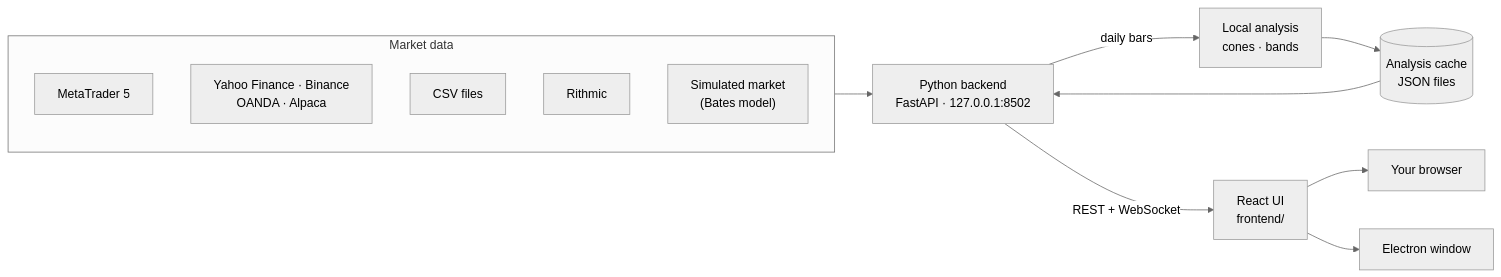
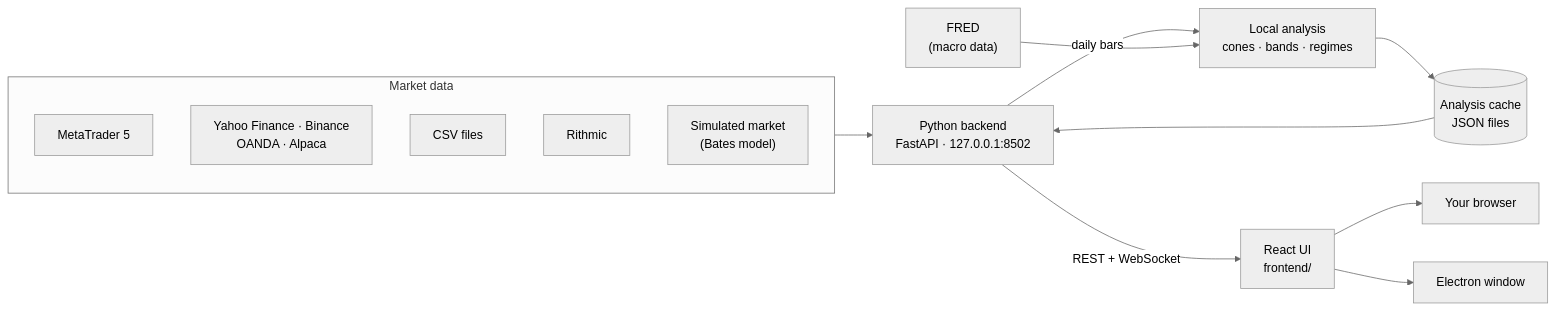
Before and after one commit to wJubran/QuantumTerminal: the diagram in README.md, drawn with Mermaid (neutral theme). The commit also changed other lines of this file and 15 other files, not shown here.

````diff
--- a/README.md
+++ b/README.md
@@ -416,18 +448,19 @@
 ```mermaid
 flowchart LR
     subgraph feeds["Market data"]
         MT5["MetaTrader 5"]
         NET["Yahoo Finance · Binance<br/>OANDA · Alpaca"]
         CSV["CSV files"]
         RITH["Rithmic"]
         SIM["Simulated market<br/>(Bates model)"]
     end
     CACHE[("Analysis cache<br/>JSON files")]
     feeds --> API["Python backend<br/>FastAPI · 127.0.0.1:8502"]
-    API -- "daily bars" --> ENGINE["Local analysis<br/>cones · bands"]
+    API -- "daily bars" --> ENGINE["Local analysis<br/>cones · bands · regimes"]
+    FRED["FRED<br/>(macro data)"] --> ENGINE
     ENGINE --> CACHE
     CACHE --> API
     API -- "REST + WebSocket" --> UI["React UI<br/>frontend/"]
     UI --> BROWSER["Your browser"]
     UI --> ELECTRON["Electron window"]
 ```
````
